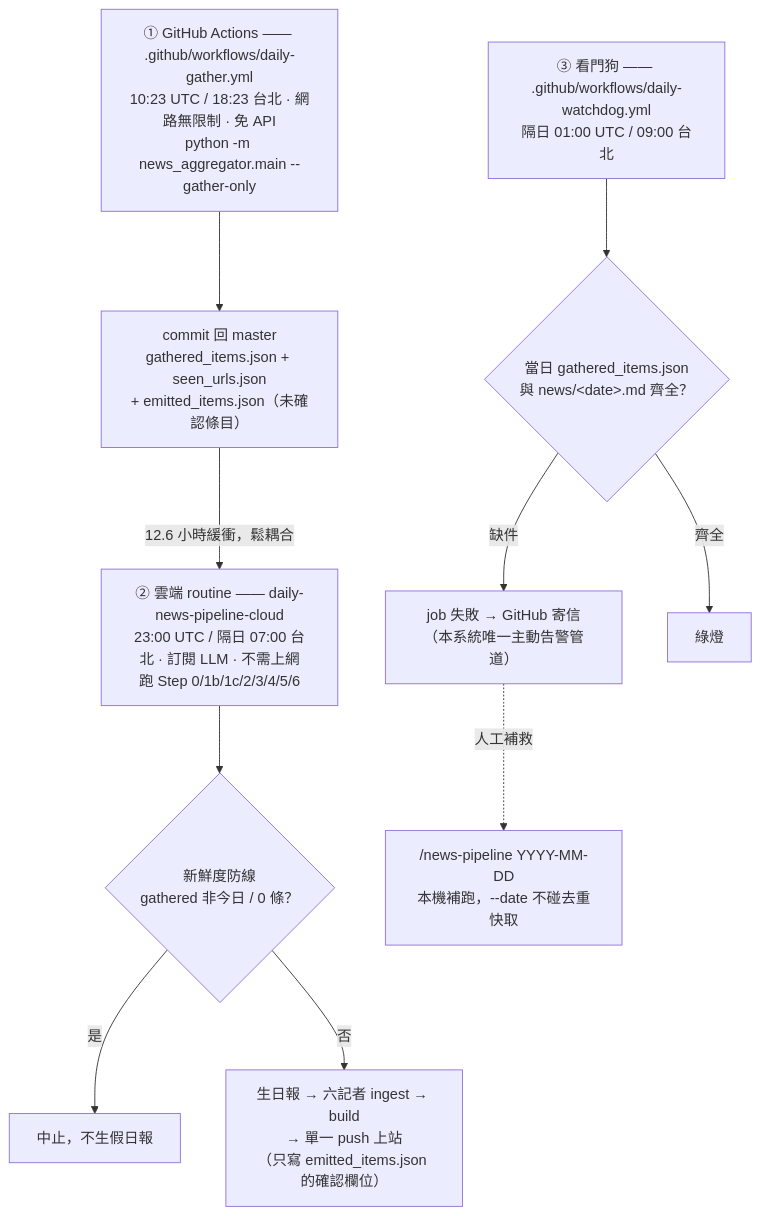
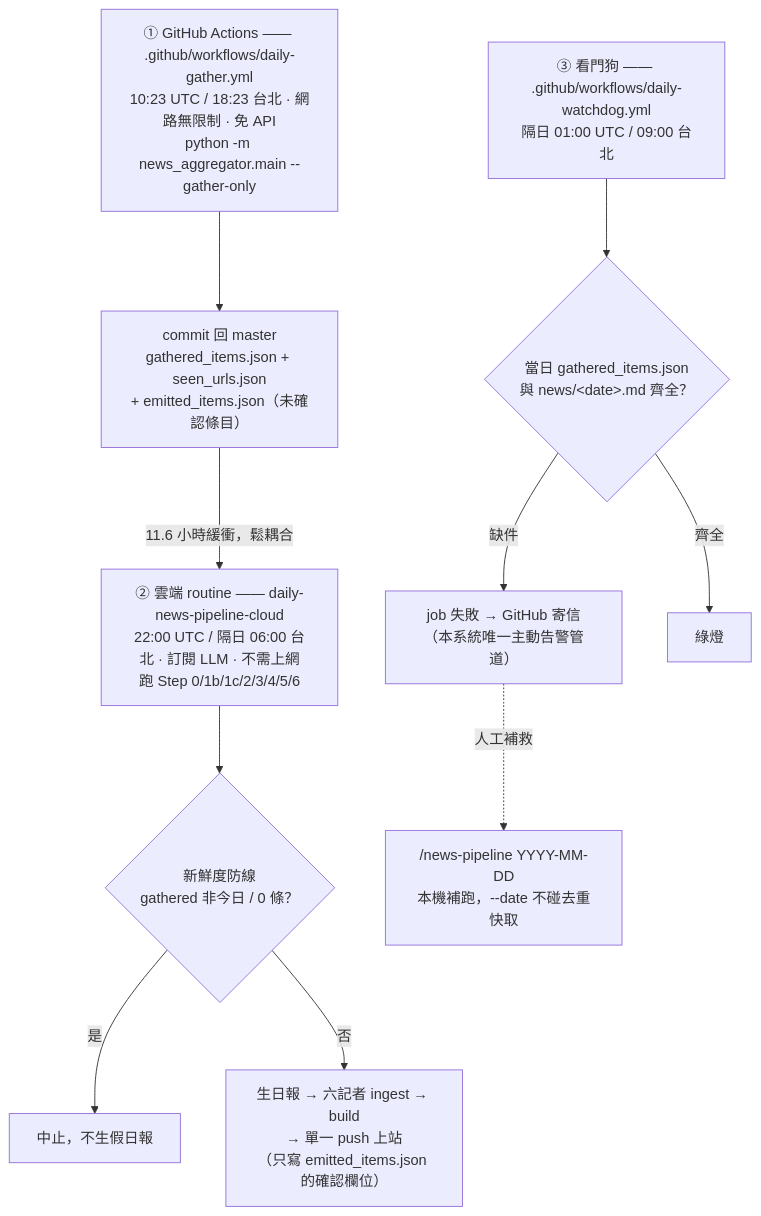
One commit to mandy82477/claude-news changed the second of 9 diagrams in src/DesignDocument/Design Diagram.md. Above: the diagram before and after it, drawn with Mermaid. The commit also changed 12 other files, not shown here.

````diff
--- a/src/DesignDocument/Design Diagram.md
+++ b/src/DesignDocument/Design Diagram.md
@@ -58,19 +58,19 @@
 ```mermaid
 flowchart TD
     GHA["① GitHub Actions —— .github/workflows/daily-gather.yml\n10:23 UTC / 18:23 台北 · 網路無限制 · 免 API\npython -m news_aggregator.main --gather-only"]
     GHA --> COMMIT["commit 回 master\ngathered_items.json + seen_urls.json\n+ emitted_items.json（未確認條目）"]
 
-    COMMIT -->|12.6 小時緩衝，鬆耦合| CLOUD
+    COMMIT -->|11.6 小時緩衝，鬆耦合| CLOUD
 
-    CLOUD["② 雲端 routine —— daily-news-pipeline-cloud\n23:00 UTC / 隔日 07:00 台北 · 訂閱 LLM · 不需上網\n跑 Step 0/1b/1c/2/3/4/5/6"]
+    CLOUD["② 雲端 routine —— daily-news-pipeline-cloud\n22:00 UTC / 隔日 06:00 台北 · 訂閱 LLM · 不需上網\n跑 Step 0/1b/1c/2/3/4/5/6"]
     CLOUD --> FRESH{"新鮮度防線\ngathered 非今日 / 0 條？"}
     FRESH -->|是| ABORT["中止，不生假日報"]
     FRESH -->|否| RUN["生日報 → 六記者 ingest → build\n→ 單一 push 上站\n（只寫 emitted_items.json 的確認欄位）"]
 
     WD["③ 看門狗 —— .github/workflows/daily-watchdog.yml\n隔日 01:00 UTC / 09:00 台北"]
     WD --> CHECK{"當日 gathered_items.json\n與 news/&lt;date&gt;.md 齊全？"}
     CHECK -->|缺件| FAIL["job 失敗 → GitHub 寄信\n（本系統唯一主動告警管道）"]
     CHECK -->|齊全| GREEN["綠燈"]
 
     FAIL -.->|人工補救| MANUAL["/news-pipeline YYYY-MM-DD\n本機補跑，--date 不碰去重快取"]
 ```
````
